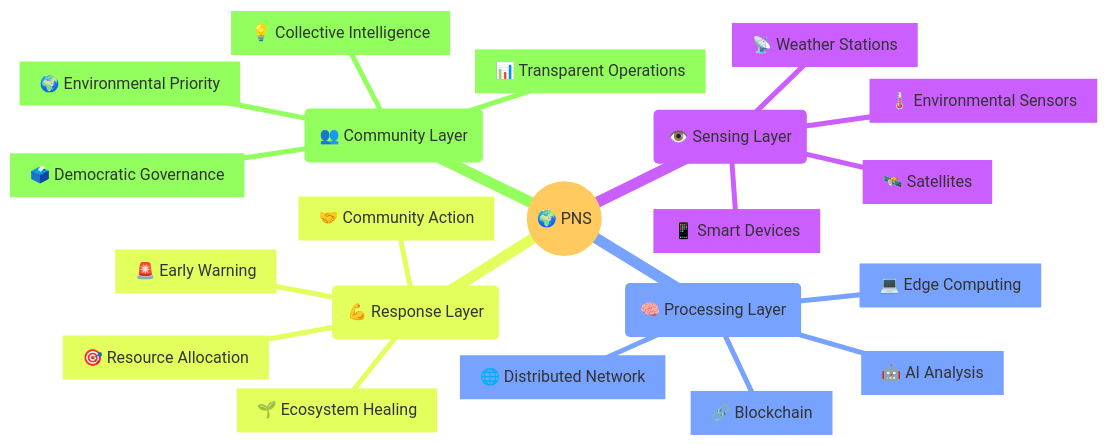
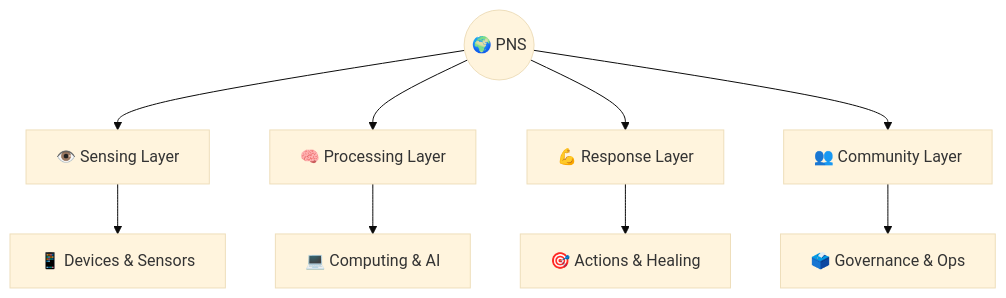
Before and after one commit to PrashantBhaga/planetary-nervous-system: the first of 2 diagrams in README.md, drawn with Mermaid (base theme). The commit also changed other lines of this file, not shown here.

````diff
--- a/README.md
+++ b/README.md
@@ -5,24 +5,18 @@
 ```mermaid
-mindmap
-  root((🌍 PNS))
-    (👁️ Sensing Layer)
-        [📱 Smart Devices]
-        [🌡️ Environmental Sensors]
-        [📡 Weather Stations]
-        [🛰️ Satellites]
-    (🧠 Processing Layer)
-        [💻 Edge Computing]
-        [🔗 Blockchain]
-        [🤖 AI Analysis]
-        [🌐 Distributed Network]
-    (💪 Response Layer)
-        [🚨 Early Warning]
-        [🎯 Resource Allocation]
-        [🤝 Community Action]
-        [🌱 Ecosystem Healing]
-    (👥 Community Layer)
-        [🗳️ Democratic Governance]
-        [📊 Transparent Operations]
-        [💡 Collective Intelligence]
-        [🌍 Environmental Priority]
+graph TD
+    PNS((🌍 PNS))
+    SL[👁️ Sensing Layer]
+    PL[🧠 Processing Layer]
+    RL[💪 Response Layer]
+    CL[👥 Community Layer]
+    
+    PNS --> SL
+    PNS --> PL
+    PNS --> RL
+    PNS --> CL
+    
+    SL --> SD[📱 Devices & Sensors]
+    PL --> PC[💻 Computing & AI]
+    RL --> RA[🎯 Actions & Healing]
+    CL --> CG[🗳️ Governance & Ops]
 ```
````
